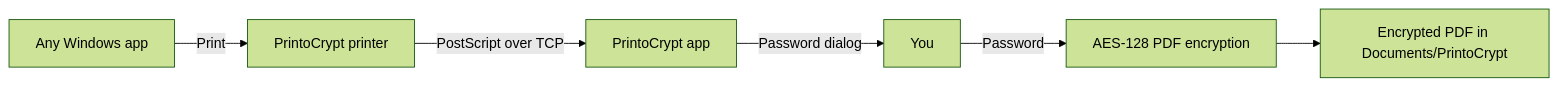
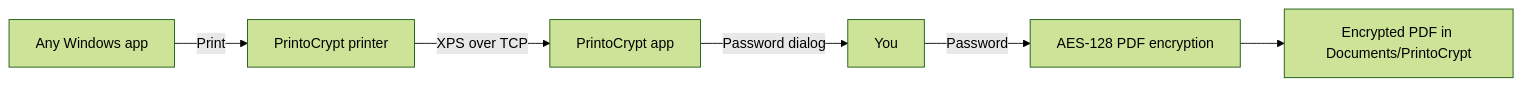
One commit to vblechta/printocrypt changed the diagram in README.md. Above: the diagram before and after it, drawn with Mermaid (forest theme). The commit also changed other lines of this file and 42 other files, not shown here.

````diff
--- a/README.md
+++ b/README.md
@@ -7,8 +7,8 @@
 ```mermaid
 flowchart LR
     App[Any Windows app] -->|Print| Printer[PrintoCrypt printer]
-    Printer -->|PostScript over TCP| Server[PrintoCrypt app]
+    Printer -->|XPS over TCP| Server[PrintoCrypt app]
     Server -->|Password dialog| User[You]
     User -->|Password| Encrypt[AES-128 PDF encryption]
     Encrypt --> PDF[Encrypted PDF in Documents/PrintoCrypt]
 ```
````
